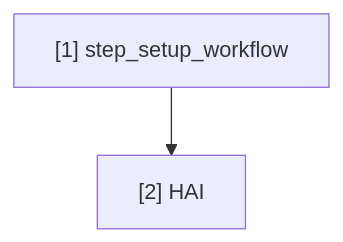
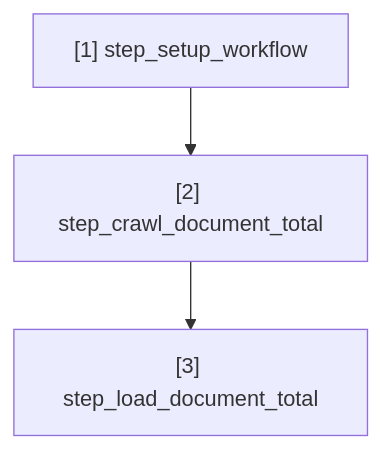
The diagram in docs/workflow.md (20206205Tech/data-pipeline-vbpl), drawn with Mermaid before and after one commit. The commit also changed 12 other files, not shown here.

````diff
--- a/docs/workflow.md
+++ b/docs/workflow.md
@@ -3,8 +3,10 @@
 ```mermaid
 flowchart TD
     N1["[1] step_setup_workflow"]
-    N2["[2] HAI"]
+    N2["[2] step_crawl_document_total"]
+    N3["[3] step_load_document_total"]
 
     %% Các liên kết
     N1 --> N2
+    N2 --> N3
 ```
````
